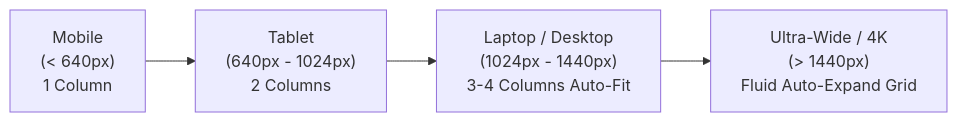
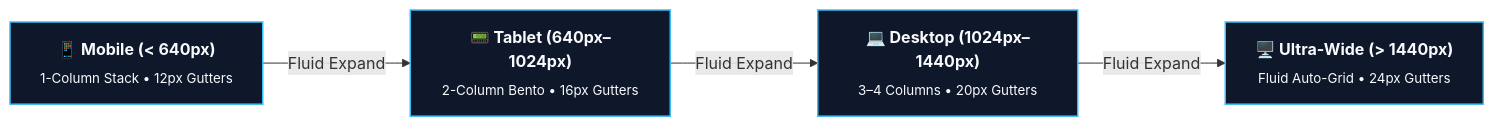
One commit to rmsofficialsyt/Agentic-AI-Vibe-Coding-AND-SDD-TDD-Codebase-Chandan-Adhikary changed the diagram in SDD-TDD-Chandan-Adhikary/Spec-Driven-Development/docs/design.md. Above: the diagram before and after it, drawn with Mermaid. The commit also changed other lines of this file and 14 other files, not shown here.

Commit message:
docs: standardize diagram card sizes, layouts, and UI sizing scale across frameworks

````diff
--- a/SDD-TDD-Chandan-Adhikary/Spec-Driven-Development/docs/design.md
+++ b/SDD-TDD-Chandan-Adhikary/Spec-Driven-Development/docs/design.md
@@ -49,6 +65,13 @@
 ```mermaid
 flowchart LR
-    Mobile["Mobile<br/>(< 640px)<br/>1 Column"] --> Tablet["Tablet<br/>(640px - 1024px)<br/>2 Columns"]
-    Tablet --> Laptop["Laptop / Desktop<br/>(1024px - 1440px)<br/>3-4 Columns Auto-Fit"]
-    Laptop --> Ultrawide["Ultra-Wide / 4K<br/>(> 1440px)<br/>Fluid Auto-Expand Grid"]
+    classDef bp fill:#0f172a,stroke:#38bdf8,stroke-width:1.5px,color:#f8fafc;
+
+    Mobile["<b>📱 Mobile (&lt; 640px)</b><br/><sub>1-Column Stack • 12px Gutters</sub>"]:::bp
+    Tablet["<b>📟 Tablet (640px–1024px)</b><br/><sub>2-Column Bento • 16px Gutters</sub>"]:::bp
+    Desktop["<b>💻 Desktop (1024px–1440px)</b><br/><sub>3–4 Columns • 20px Gutters</sub>"]:::bp
+    Ultrawide["<b>🖥️ Ultra-Wide (&gt; 1440px)</b><br/><sub>Fluid Auto-Grid • 24px Gutters</sub>"]:::bp
+
+    Mobile -->|"Fluid Expand"| Tablet
+    Tablet -->|"Fluid Expand"| Desktop
+    Desktop -->|"Fluid Expand"| Ultrawide
 ```
````
